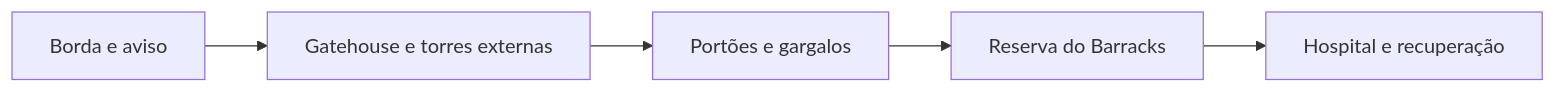
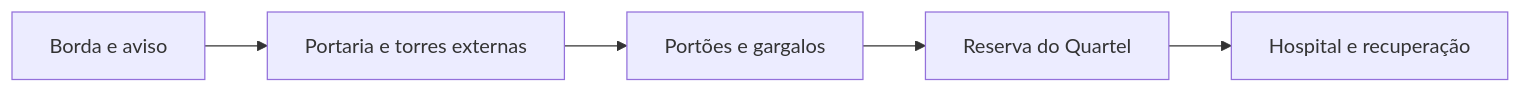
The diagram in content/07 - Defesa/Estratégia defensiva.md (addandias/minecolonies-vault), drawn with Mermaid before and after one commit. The commit also changed other lines of this file and 127 other files, not shown here.

````diff
--- a/content/07 - Defesa/Estratégia defensiva.md
+++ b/content/07 - Defesa/Estratégia defensiva.md
@@ -15,7 +15,7 @@
 ```mermaid
 flowchart LR
-    A["Borda e aviso"] --> B["Gatehouse e torres externas"]
+    A["Borda e aviso"] --> B["Portaria e torres externas"]
     B --> C["Portões e gargalos"]
-    C --> D["Reserva do Barracks"]
+    C --> D["Reserva do Quartel"]
     D --> E["Hospital e recuperação"]
 ```
````
